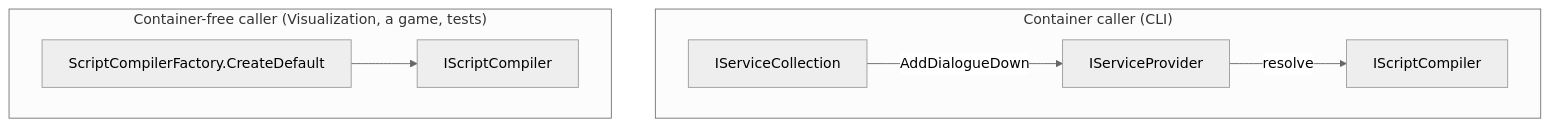
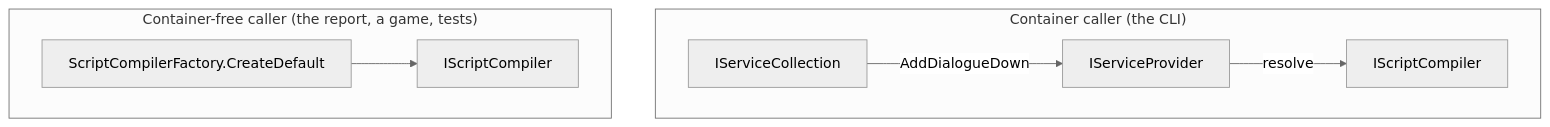
One commit to pengzhengyi/dialoguedown changed the diagram in docs/contributing/design-notes/core/Script Compiler Facade.md. Above: the diagram before and after it, drawn with Mermaid (neutral theme). The commit also changed other lines of this file and 124 other files, not shown here.

````diff
--- a/docs/contributing/design-notes/core/Script Compiler Facade.md
+++ b/docs/contributing/design-notes/core/Script Compiler Facade.md
@@ -106,10 +124,10 @@
 ```mermaid
 flowchart TB
-    subgraph container["Container caller (CLI)"]
+    subgraph container["Container caller (the CLI)"]
         SC[IServiceCollection] -->|AddDialogueDown| SP[IServiceProvider]
         SP -->|resolve| C1[IScriptCompiler]
     end
-    subgraph plain["Container-free caller (Visualization, a game, tests)"]
+    subgraph plain["Container-free caller (the report, a game, tests)"]
         F[ScriptCompilerFactory.CreateDefault] --> C2[IScriptCompiler]
     end
 ```
````
